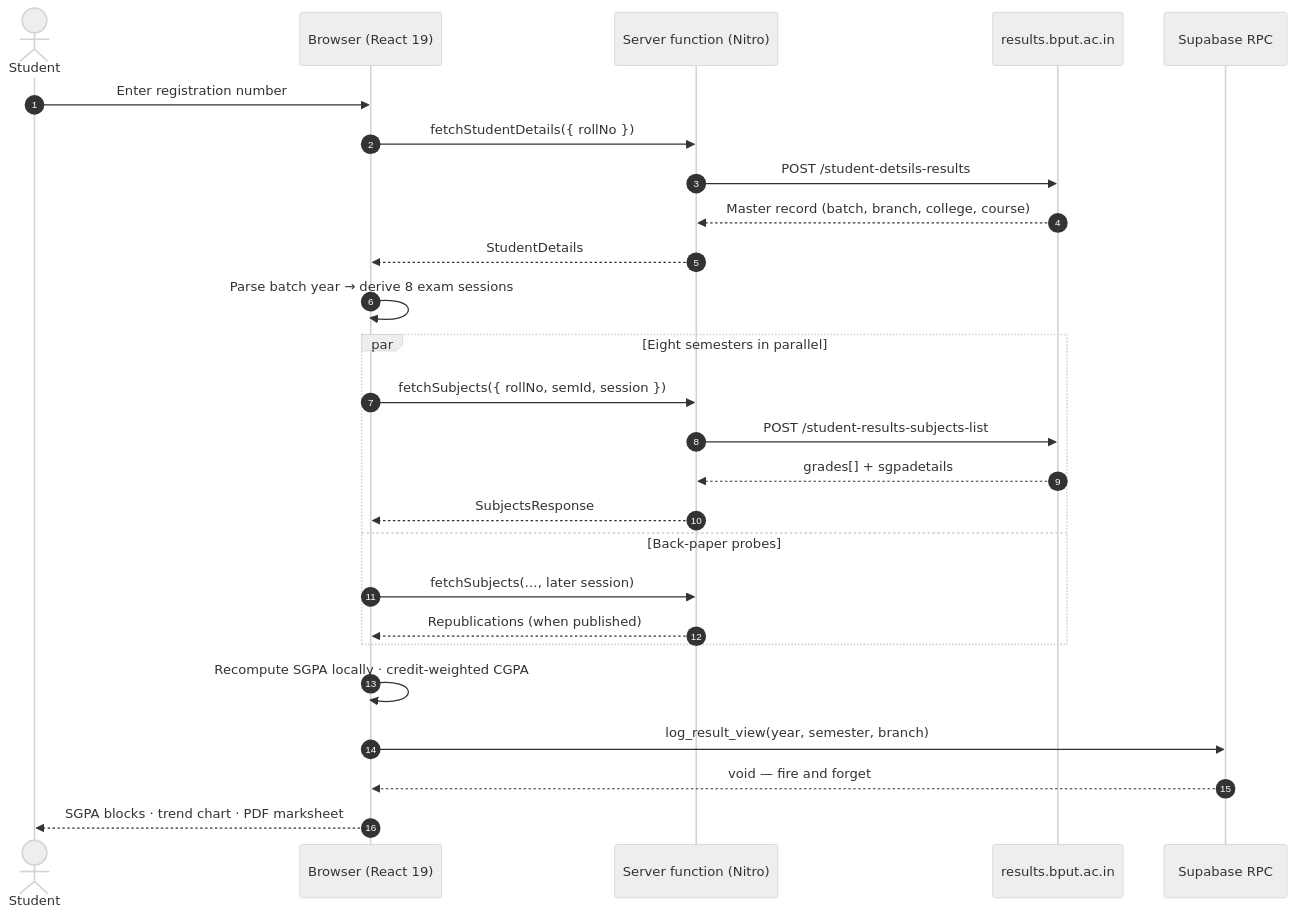
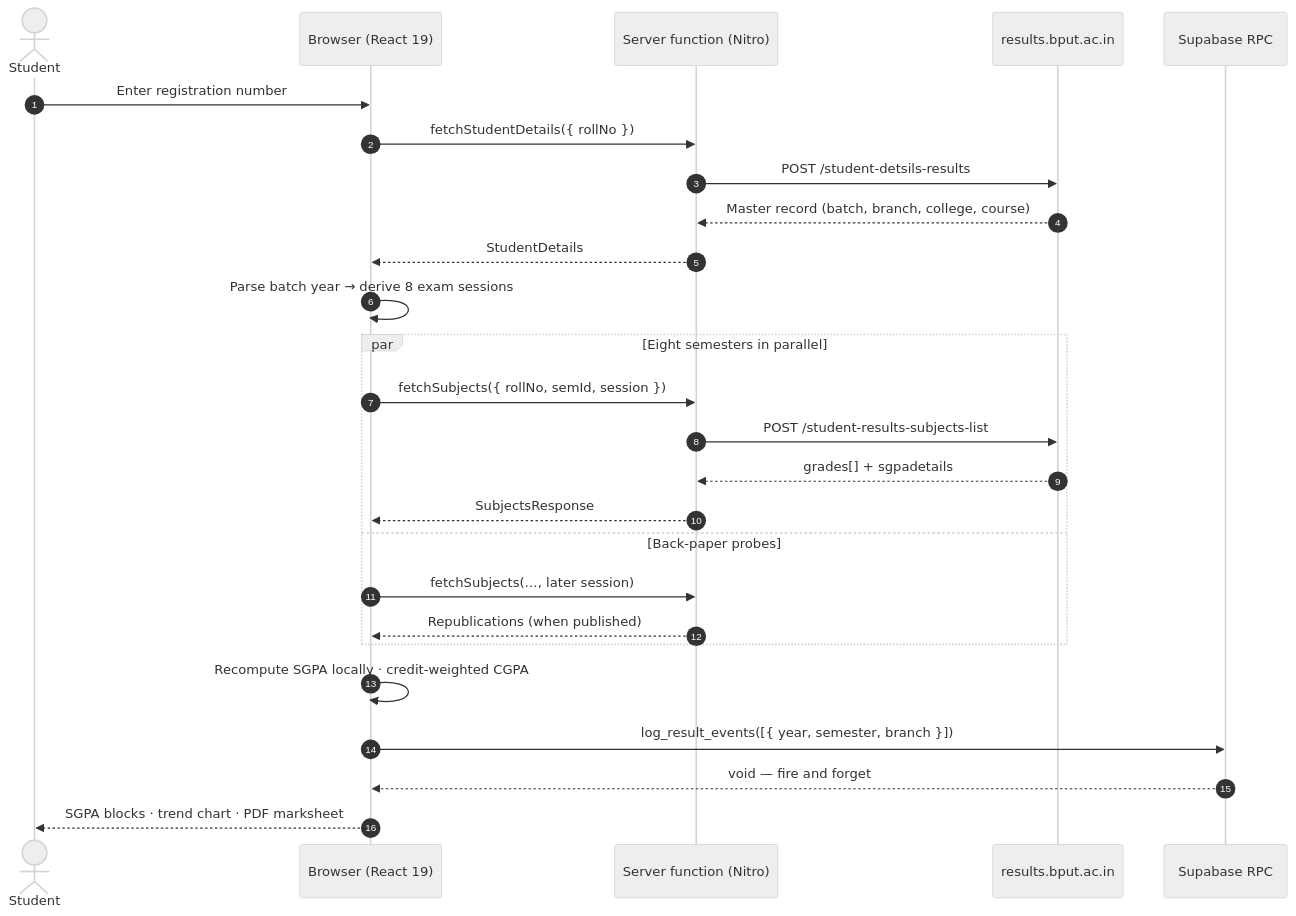
Before and after one commit to flawsom/result: the third of 6 diagrams in README.md, drawn with Mermaid (neutral theme). The commit also changed other lines of this file and 1 other file, not shown here.

````diff
--- a/README.md
+++ b/README.md
@@ -405,31 +458,31 @@
 ```mermaid
 sequenceDiagram
   autonumber
   actor S as Student
   participant B as Browser (React 19)
   participant N as Server function (Nitro)
   participant P as results.bput.ac.in
   participant DB as Supabase RPC
 
   S->>B: Enter registration number
   B->>N: fetchStudentDetails({ rollNo })
   N->>P: POST /student-detsils-results
   P-->>N: Master record (batch, branch, college, course)
   N-->>B: StudentDetails
   B->>B: Parse batch year → derive 8 exam sessions
 
   par Eight semesters in parallel
     B->>N: fetchSubjects({ rollNo, semId, session })
     N->>P: POST /student-results-subjects-list
     P-->>N: grades[] + sgpadetails
     N-->>B: SubjectsResponse
   and Back-paper probes
     B->>N: fetchSubjects(…, later session)
     N-->>B: Republications (when published)
   end
 
   B->>B: Recompute SGPA locally · credit-weighted CGPA
-  B->>DB: log_result_view(year, semester, branch)
+  B->>DB: log_result_events([{ year, semester, branch }])
   DB-->>B: void — fire and forget
   B-->>S: SGPA blocks · trend chart · PDF marksheet
 ```
````
